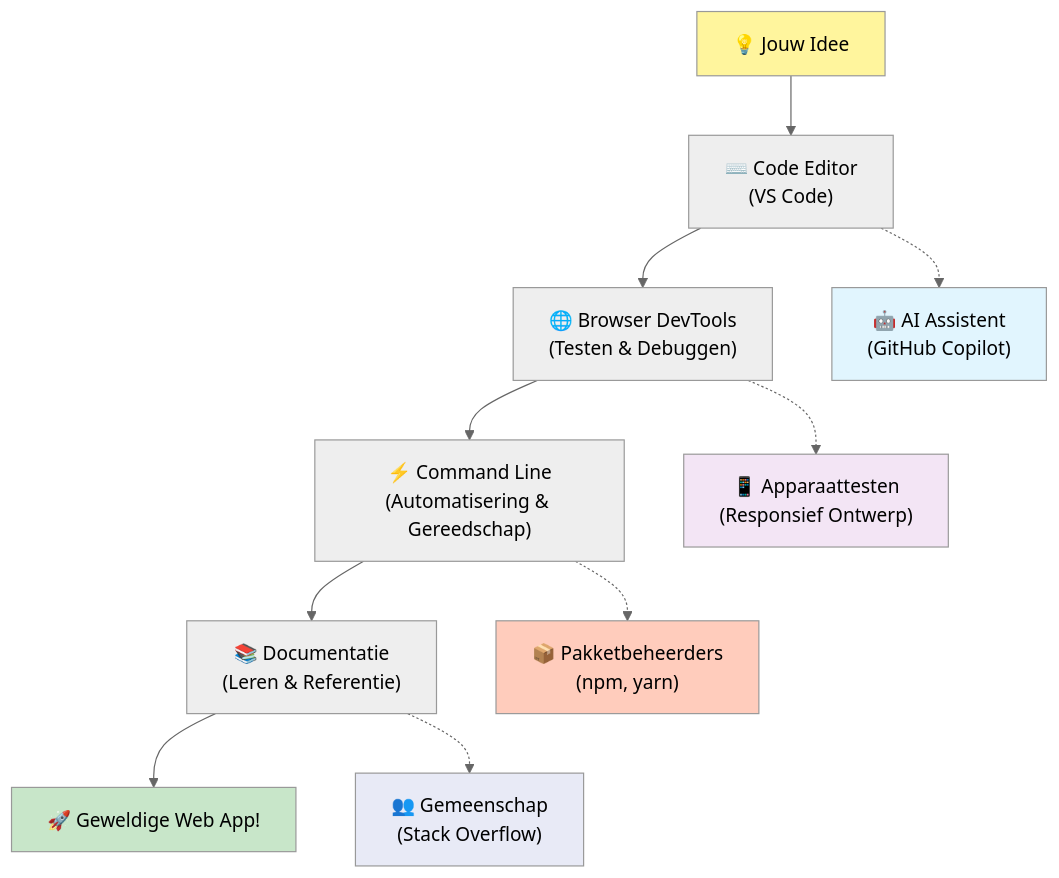
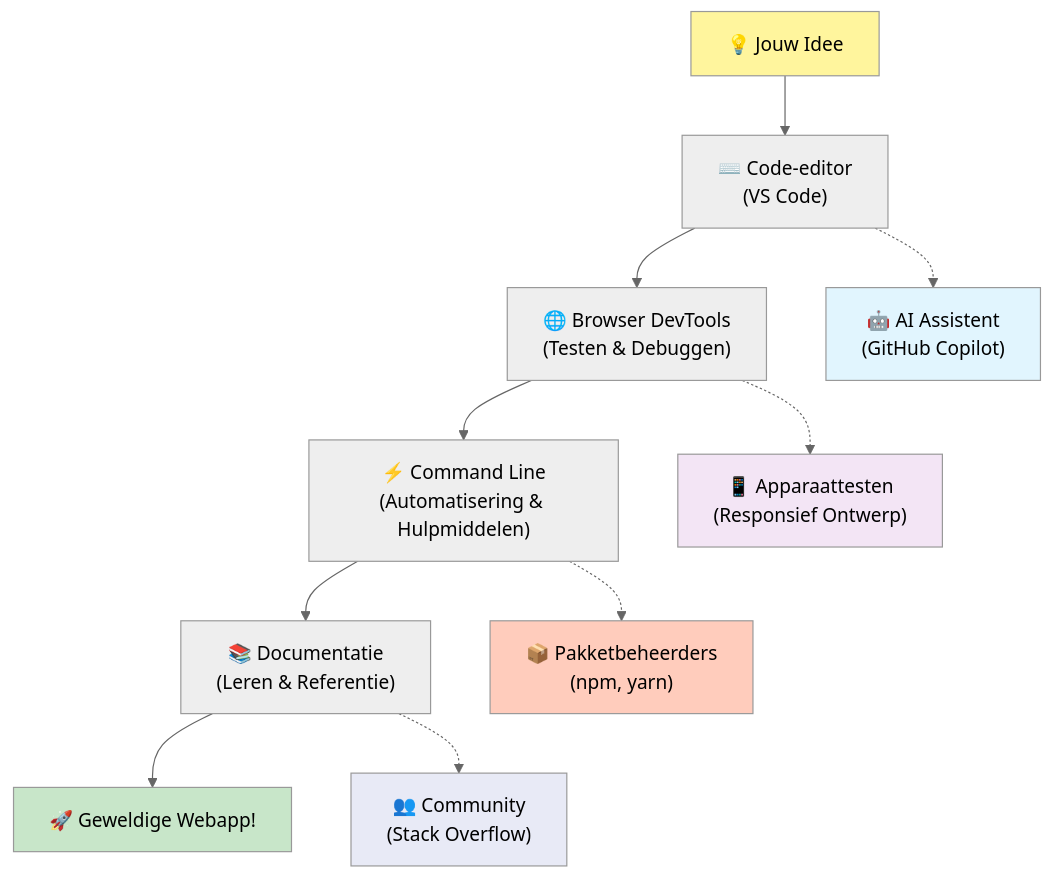
Before and after one commit to microsoft/Web-Dev-For-Beginners: the fifth of 7 diagrams in translations/nl/1-getting-started-lessons/1-intro-to-programming-languages/README.md, drawn with Mermaid (neutral theme). The commit also changed other lines of this file and 8 other files, not shown here.

````diff
--- a/translations/nl/1-getting-started-lessons/1-intro-to-programming-languages/README.md
+++ b/translations/nl/1-getting-started-lessons/1-intro-to-programming-languages/README.md
@@ -488,20 +488,20 @@
 ```mermaid
 graph TD
-    A["💡 Jouw Idee"] --> B["⌨️ Code Editor<br/>(VS Code)"] 
+    A["💡 Jouw Idee"] --> B["⌨️ Code-editor<br/>(VS Code)"] 
     B --> C["🌐 Browser DevTools<br/>(Testen & Debuggen)"]
-    C --> D["⚡ Command Line<br/>(Automatisering & Gereedschap)"]
+    C --> D["⚡ Command Line<br/>(Automatisering & Hulpmiddelen)"]
     D --> E["📚 Documentatie<br/>(Leren & Referentie)"]
-    E --> F["🚀 Geweldige Web App!"]
+    E --> F["🚀 Geweldige Webapp!"]
     
     B -.-> G["🤖 AI Assistent<br/>(GitHub Copilot)"]
     C -.-> H["📱 Apparaattesten<br/>(Responsief Ontwerp)"]
     D -.-> I["📦 Pakketbeheerders<br/>(npm, yarn)"]
-    E -.-> J["👥 Gemeenschap<br/>(Stack Overflow)"]
+    E -.-> J["👥 Community<br/>(Stack Overflow)"]
     
     style A fill:#fff59d
     style F fill:#c8e6c9
     style G fill:#e1f5fe
     style H fill:#f3e5f5
     style I fill:#ffccbc
     style J fill:#e8eaf6
 ```
````
